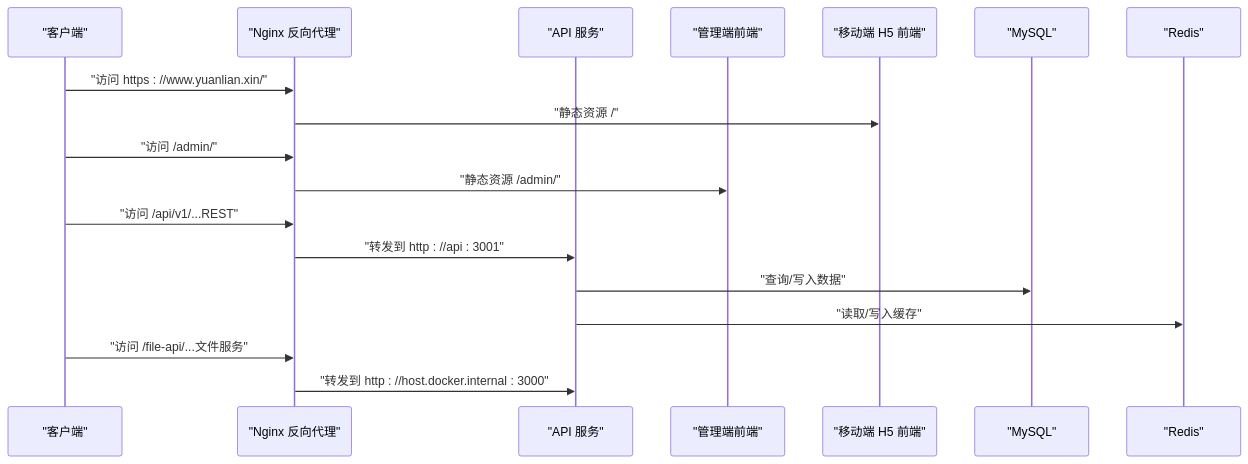
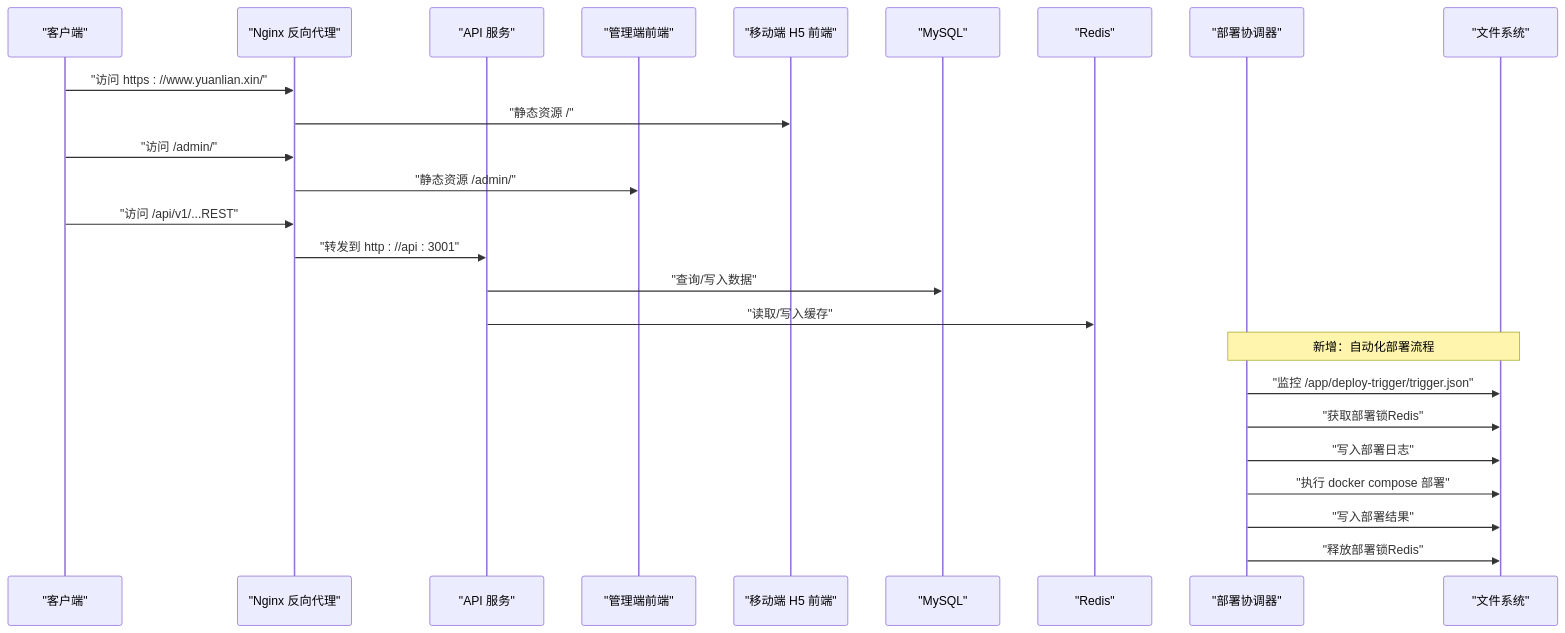
Before and after one commit to huoqingzhu446/fortune-hub: the second of 3 diagrams in .qoder/repowiki/zh/content/架构设计/部署架构.md, drawn with Mermaid. The commit also changed other lines of this file and 6 other files, not shown here.

````diff
--- a/.qoder/repowiki/zh/content/架构设计/部署架构.md
+++ b/.qoder/repowiki/zh/content/架构设计/部署架构.md
@@ -102,20 +125,27 @@
 ```mermaid
 sequenceDiagram
 participant C as "客户端"
 participant N as "Nginx 反向代理"
 participant A as "API 服务"
 participant M as "管理端前端"
 participant H as "移动端 H5 前端"
 participant DB as "MySQL"
 participant R as "Redis"
+participant DW as "部署协调器"
+participant FS as "文件系统"
 C->>N : "访问 https : //www.yuanlian.xin/"
 N->>H : "静态资源 /"
 C->>N : "访问 /admin/"
 N->>M : "静态资源 /admin/"
 C->>N : "访问 /api/v1/...REST"
 N->>A : "转发到 http : //api : 3001"
 A->>DB : "查询/写入数据"
 A->>R : "读取/写入缓存"
-C->>N : "访问 /file-api/...文件服务"
-N->>A : "转发到 http : //host.docker.internal : 3000"
+Note over DW,FS : 新增：自动化部署流程
+DW->>FS : "监控 /app/deploy-trigger/trigger.json"
+DW->>FS : "获取部署锁Redis"
+DW->>FS : "写入部署日志"
+DW->>FS : "执行 docker compose 部署"
+DW->>FS : "写入部署结果"
+DW->>FS : "释放部署锁Redis"
 ```
````
